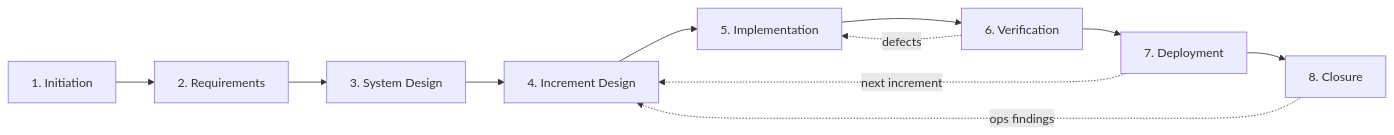
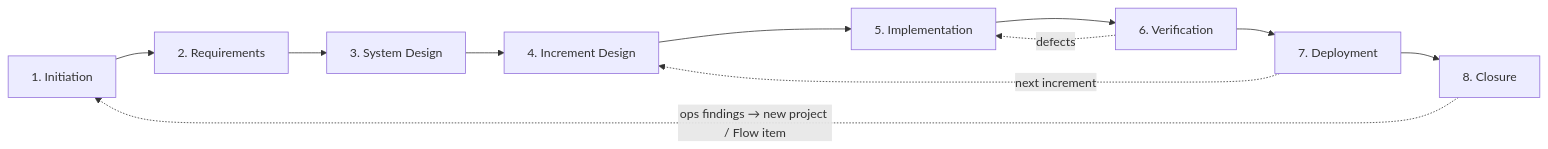
Before and after one commit to katawright/seichi-framework: the diagram in guides/agentic-workflow.md, drawn with Mermaid. The commit also changed 2 other files, not shown here.

First paragraph of the commit message:
fix(framework): resolve v0.49 cold-review Run 7 findings
Run 7 surfaced one Major (re-rated up from a reviewer's Minor) and two
borderline-nit Minors. The v0.49 delta prose was clean; these are a
mis-routed diagram edge plus two one-word wording fixes.

````diff
--- a/guides/agentic-workflow.md
+++ b/guides/agentic-workflow.md
@@ -193,14 +193,14 @@
 ```mermaid
 flowchart LR
     Init[1. Initiation] --> Req[2. Requirements]
     Req --> SD[3. System Design]
     SD --> ID[4. Increment Design]
     ID --> Impl[5. Implementation]
     Impl --> Ver[6. Verification]
     Ver --> Dep[7. Deployment]
     Dep --> Clo[8. Closure]
 
     Ver -.->|defects| Impl
     Dep -.->|next increment| ID
-    Clo -.->|ops findings| ID
+    Clo -.->|ops findings → new project / Flow item| Init
 ```
````
